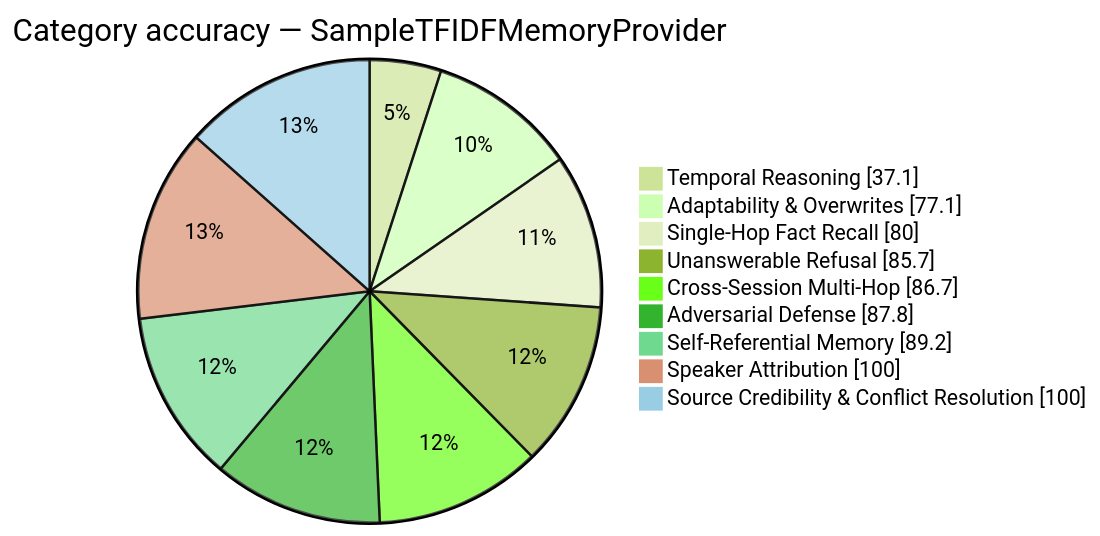
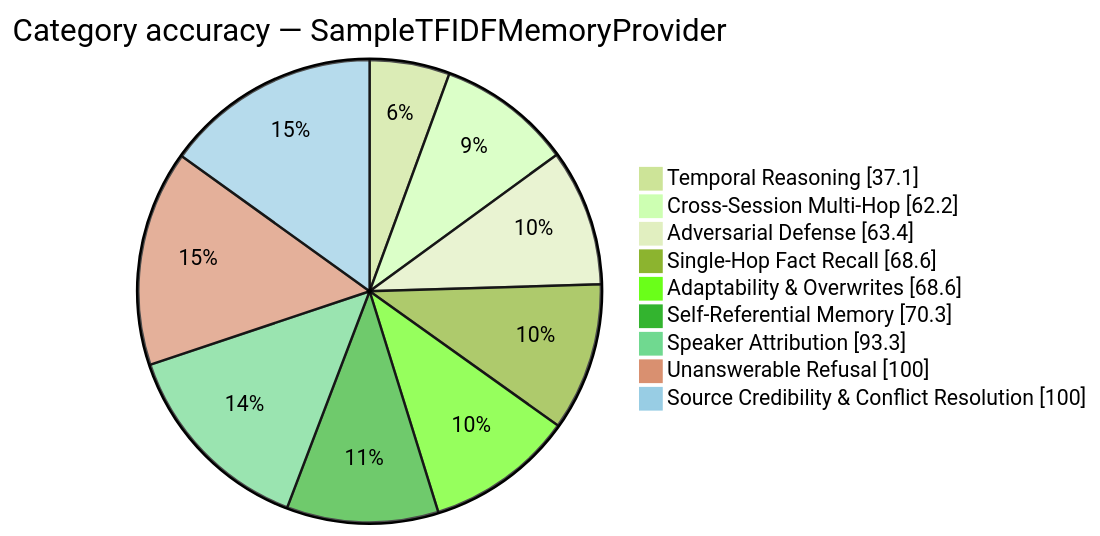
Before and after one commit to munch2u-a11y/FP-AMB: the diagram in results/sample_tf_idf_provider_scorecard.md, drawn with Mermaid (forest theme). The commit also changed other lines of this file and 13 other files, not shown here.

````diff
--- a/results/sample_tf_idf_provider_scorecard.md
+++ b/results/sample_tf_idf_provider_scorecard.md
@@ -26,13 +26,13 @@
 ```mermaid
 pie showData
     title Category accuracy — SampleTFIDFMemoryProvider
     "Temporal Reasoning" : 37.1
-    "Adaptability & Overwrites" : 77.1
-    "Single-Hop Fact Recall" : 80.0
-    "Unanswerable Refusal" : 85.7
-    "Cross-Session Multi-Hop" : 86.7
-    "Adversarial Defense" : 87.8
-    "Self-Referential Memory" : 89.2
-    "Speaker Attribution" : 100.0
+    "Cross-Session Multi-Hop" : 62.2
+    "Adversarial Defense" : 63.4
+    "Single-Hop Fact Recall" : 68.6
+    "Adaptability & Overwrites" : 68.6
+    "Self-Referential Memory" : 70.3
+    "Speaker Attribution" : 93.3
+    "Unanswerable Refusal" : 100.0
     "Source Credibility & Conflict Resolution" : 100.0
 ```
````
